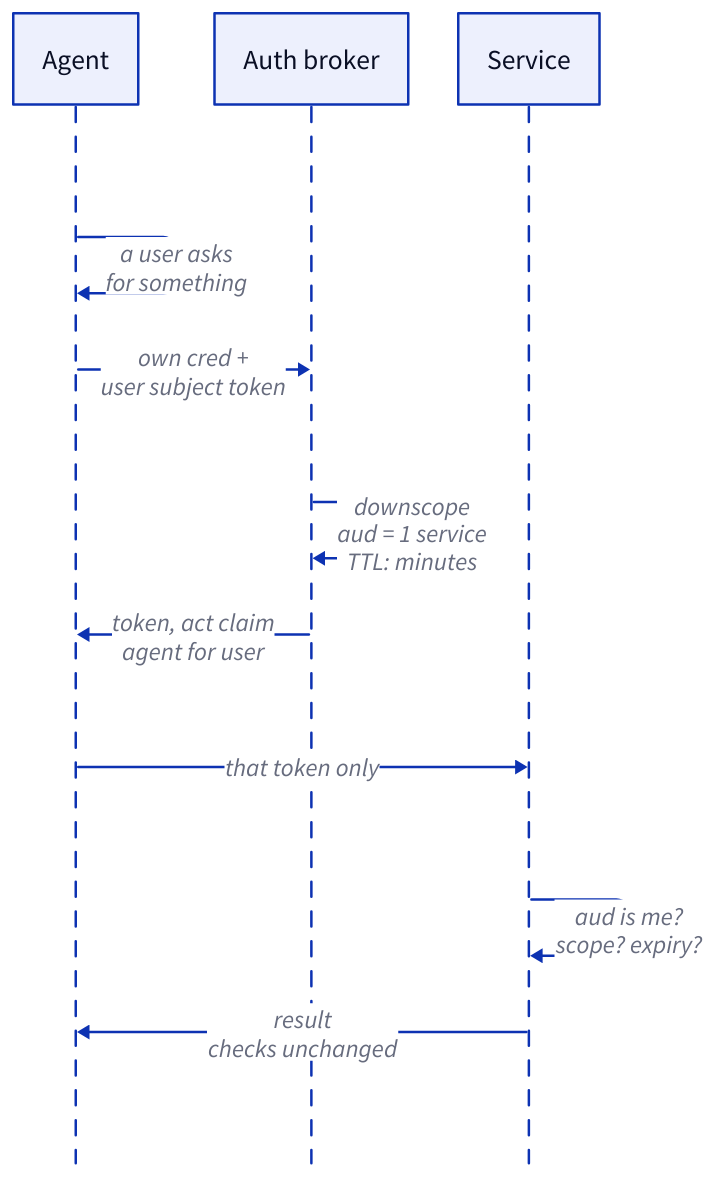
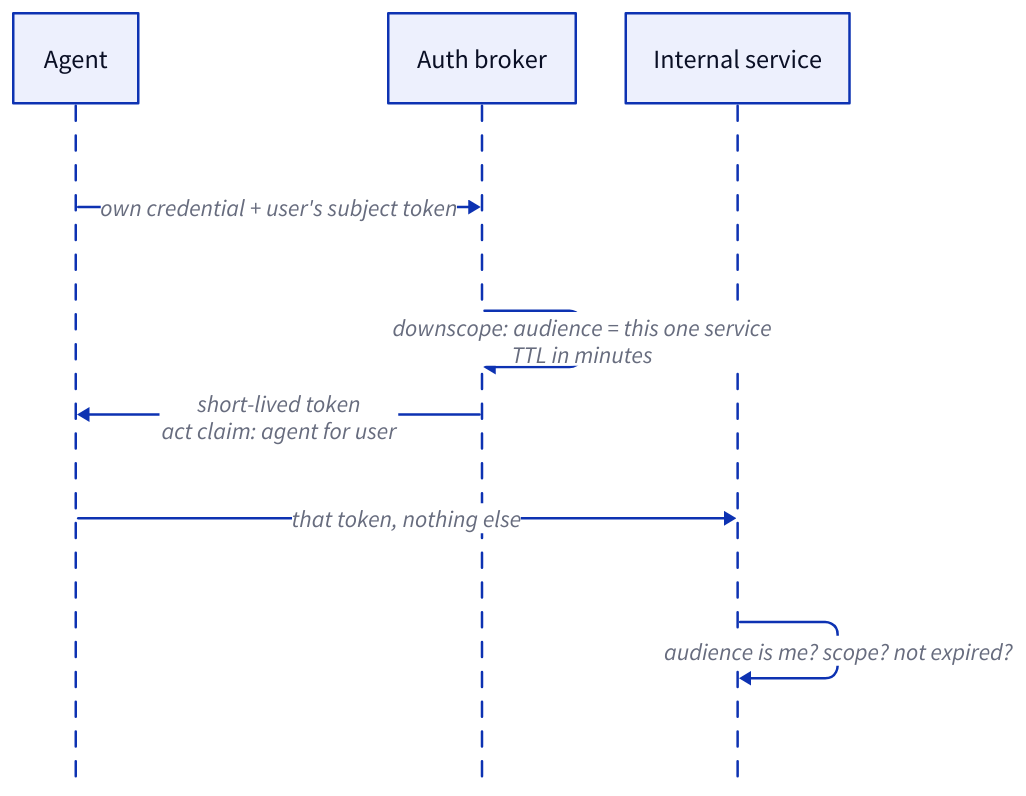
Before and after one commit to ong6/junxiong-notes: the second of 2 diagrams in content/articles/agent-integrations-in-large-orgs.md, drawn with D2. The commit also changed other lines of this file and 42 other files, not shown here.

First line of the commit message:
Size figures properly: break out of the text column, fix diagram proportions

````diff
--- a/content/articles/agent-integrations-in-large-orgs.md
+++ b/content/articles/agent-integrations-in-large-orgs.md
@@ -119,16 +86,13 @@
 ```d2 Delegation via RFC 8693. The agent presents two things and receives one: a short-lived token whose audience is a single service, carrying an act claim that keeps the agent's own identity alongside the user's rights. The service accepts it only because the audience names the service.
 shape: sequence_diagram
-direction: down
 
-agent: Agent { style: { font-size: 22 } }
-broker: Auth broker { style: { font-size: 22 } }
-svc: Service { style: { font-size: 22 } }
+agent: Agent { style: { font-size: 21 } }
+broker: Auth broker { style: { font-size: 21 } }
+svc: Internal service { style: { font-size: 21 } }
 
-agent -> agent: a user asks\nfor something { style: { font-size: 20 } }
-agent -> broker: own cred +\nuser subject token { style: { font-size: 20 } }
-broker -> broker: downscope\naud = 1 service\nTTL: minutes { style: { font-size: 20 } }
-broker -> agent: token, act claim\nagent for user { style: { font-size: 20 } }
-agent -> svc: that token only { style: { font-size: 20 } }
-svc -> svc: aud is me?\nscope? expiry? { style: { font-size: 20 } }
-svc -> agent: result\nchecks unchanged { style: { font-size: 20 } }
+agent -> broker: own credential + user's subject token { style: { font-size: 19 } }
+broker -> broker: downscope: audience = this one service\nTTL in minutes { style: { font-size: 19 } }
+broker -> agent: short-lived token\nact claim: agent for user { style: { font-size: 19 } }
+agent -> svc: that token, nothing else { style: { font-size: 19 } }
+svc -> svc: audience is me? scope? not expired? { style: { font-size: 19 } }
 ```
````
